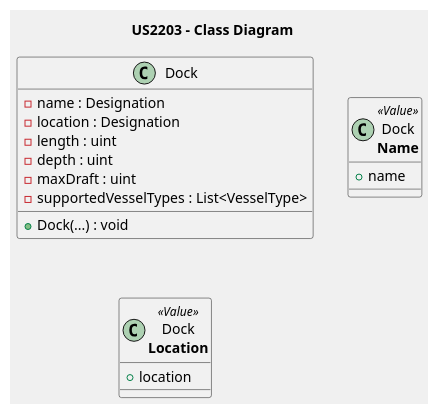
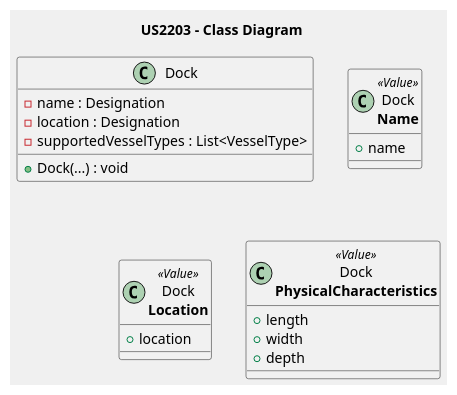
The diagram in docs/sprint_1/us2203/class/class_diagram.puml (BernasDzn/portit), drawn with PlantUML before and after one commit. The commit also changed 3 other files, not shown here.

```diff
--- a/docs/sprint_1/us2203/class/class_diagram.puml
+++ b/docs/sprint_1/us2203/class/class_diagram.puml
@@ -1,29 +1,32 @@
 @startuml us2203_domain_model
 title US2203 - Class Diagram
 skinparam backgroundColor #F0F0F0
 
 
 
 class Dock
 {
 	- name : Designation
 	- location : Designation
-	- length : uint
-    - depth : uint
-	- maxDraft : uint
 	- supportedVesselTypes : List<VesselType>
 	+ Dock(...) : void
 }
 
 class "Dock\n**Name**" as dock_name <<Value>>
 {
 	+ name
 }
 class "Dock\n**Location**" as dock_location <<Value>>
 {
 	+ location
 }
 
+class "Dock\n**PhysicalCharacteristics**" as dock_physical_characteristics <<Value>>
+{
+	+ length
+	+ width
+	+ depth
+}
 
 
 @enduml
```
